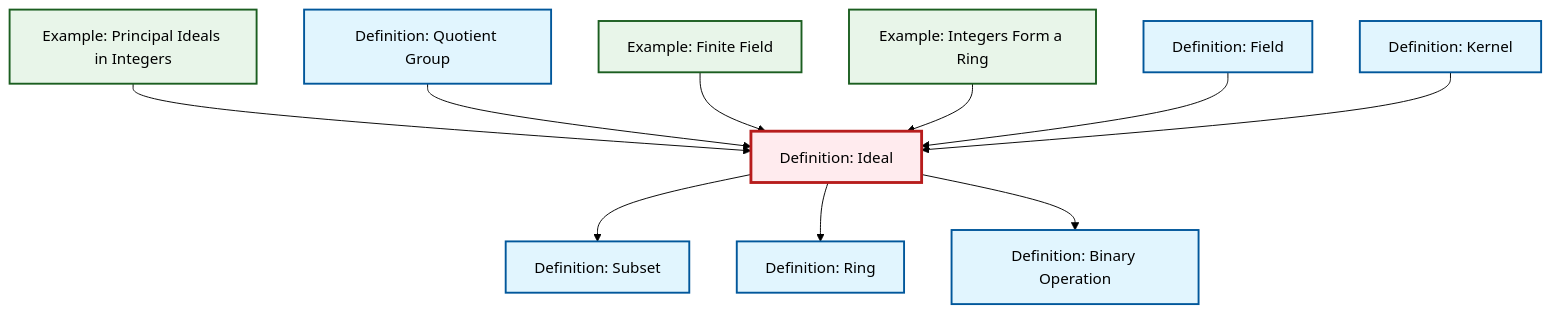
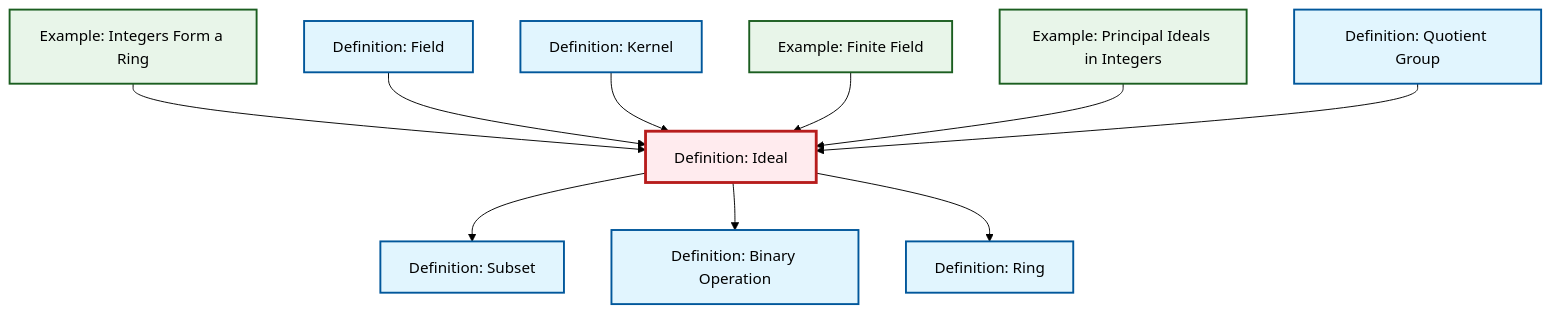
Before and after one commit to RK0429/ModernMath: the diagram in content/ja/algebra/def-ideal.qmd, drawn with Mermaid (forest theme). The commit also changed other lines of this file and 434 other files, not shown here.

First line of the commit message:
feat: Add polynomial ring definition with comprehensive cross-references

````diff
--- a/content/ja/algebra/def-ideal.qmd
+++ b/content/ja/algebra/def-ideal.qmd
@@ -64,38 +64,38 @@
 ```{mermaid}
 %%| fig-cap: "Local dependency graph"
 graph TD
     classDef definition fill:#e1f5fe,stroke:#01579b,stroke-width:2px
     classDef theorem fill:#f3e5f5,stroke:#4a148c,stroke-width:2px
     classDef axiom fill:#fff3e0,stroke:#e65100,stroke-width:2px
     classDef example fill:#e8f5e9,stroke:#1b5e20,stroke-width:2px
     classDef current fill:#ffebee,stroke:#b71c1c,stroke-width:3px
+    ex-finite-field["Example: Finite Field"]:::example
+    def-ring["Definition: Ring"]:::definition
+    def-field["Definition: Field"]:::definition
+    def-binary-operation["Definition: Binary Operation"]:::definition
     def-kernel["Definition: Kernel"]:::definition
-    ex-finite-field["Example: Finite Field"]:::example
-    def-field["Definition: Field"]:::definition
+    def-quotient-group["Definition: Quotient Group"]:::definition
+    ex-principal-ideal["Example: Principal Ideals in Integers"]:::example
     ex-integers-ring["Example: Integers Form a Ring"]:::example
-    def-ring["Definition: Ring"]:::definition
-    def-binary-operation["Definition: Binary Operation"]:::definition
-    def-quotient-group["Definition: Quotient Group"]:::definition
     def-ideal["Definition: Ideal"]:::definition
-    ex-principal-ideal["Example: Principal Ideals in Integers"]:::example
     def-subset["Definition: Subset"]:::definition
+    ex-integers-ring --> def-ideal
     def-ideal --> def-subset
+    def-field --> def-ideal
+    def-kernel --> def-ideal
+    ex-finite-field --> def-ideal
     ex-principal-ideal --> def-ideal
+    def-ideal --> def-binary-operation
     def-ideal --> def-ring
     def-quotient-group --> def-ideal
-    ex-finite-field --> def-ideal
-    def-ideal --> def-binary-operation
-    ex-integers-ring --> def-ideal
-    def-field --> def-ideal
-    def-kernel --> def-ideal
     class def-ideal current
+    click ex-finite-field "ex-finite-field.html" "Example: Finite Fieldへ"
+    click def-ring "def-ring.html" "Definition: Ringへ"
+    click def-field "def-field.html" "Definition: Fieldへ"
+    click def-binary-operation "def-binary-operation.html" "Definition: Binary Operationへ"
     click def-kernel "def-kernel.html" "Definition: Kernelへ"
-    click ex-finite-field "ex-finite-field.html" "Example: Finite Fieldへ"
-    click def-field "def-field.html" "Definition: Fieldへ"
-    click ex-integers-ring "ex-integers-ring.html" "Example: Integers Form a Ringへ"
-    click def-ring "def-ring.html" "Definition: Ringへ"
-    click def-binary-operation "def-binary-operation.html" "Definition: Binary Operationへ"
     click def-quotient-group "def-quotient-group.html" "Definition: Quotient Groupへ"
     click ex-principal-ideal "ex-principal-ideal.html" "Example: Principal Ideals in Integersへ"
+    click ex-integers-ring "ex-integers-ring.html" "Example: Integers Form a Ringへ"
     click def-subset "def-subset.html" "Definition: Subsetへ"
 ```
````
